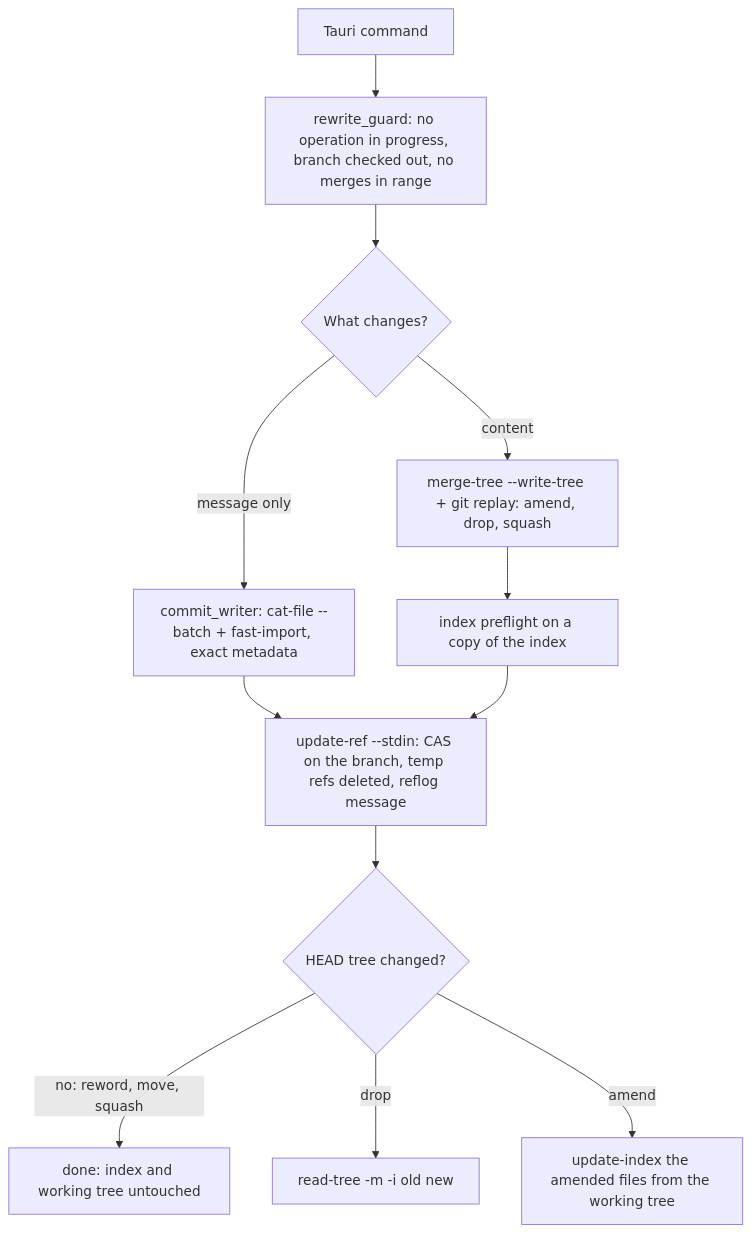
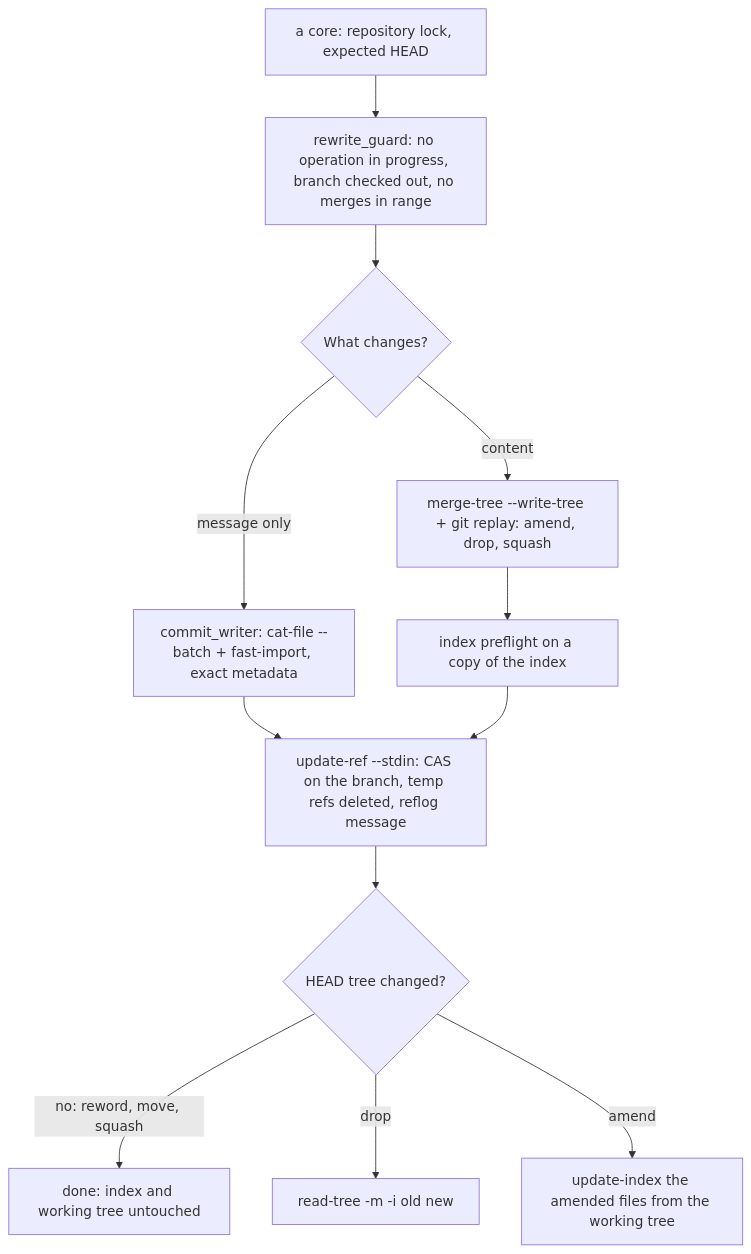
One commit to develar/branch-deck changed the second of 2 diagrams in docs/design/git-operations.md. Above: the diagram before and after it, drawn with Mermaid. The commit also changed other lines of this file and 1 other file, not shown here.

First line of the commit message:
docs(git): where a new git operation goes, the helpers it reuses, the layers and the process budgets

````diff
--- a/docs/design/git-operations.md
+++ b/docs/design/git-operations.md
@@ -37,14 +63,14 @@
 ```mermaid
 flowchart TD
-    A[Tauri command] --> G[rewrite_guard: no operation in progress, branch checked out, no merges in range]
+    A[a core: repository lock, expected HEAD] --> G[rewrite_guard: no operation in progress, branch checked out, no merges in range]
     G --> R{What changes?}
     R -->|message only| W[commit_writer: cat-file --batch + fast-import, exact metadata]
     R -->|content| P[merge-tree --write-tree + git replay: amend, drop, squash]
     W --> T[update-ref --stdin: CAS on the branch, temp refs deleted, reflog message]
     P --> F[index preflight on a copy of the index]
     F --> T
     T --> I{HEAD tree changed?}
     I -->|no: reword, move, squash| D[done: index and working tree untouched]
     I -->|drop| X[read-tree -m -i old new]
     I -->|amend| U[update-index the amended files from the working tree]
 ```
````
